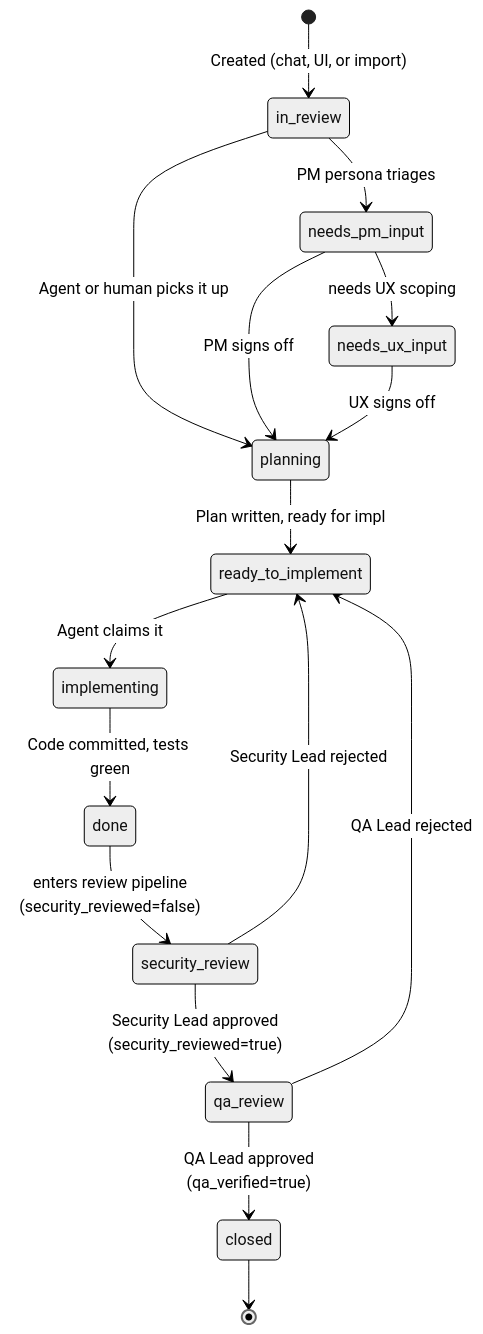
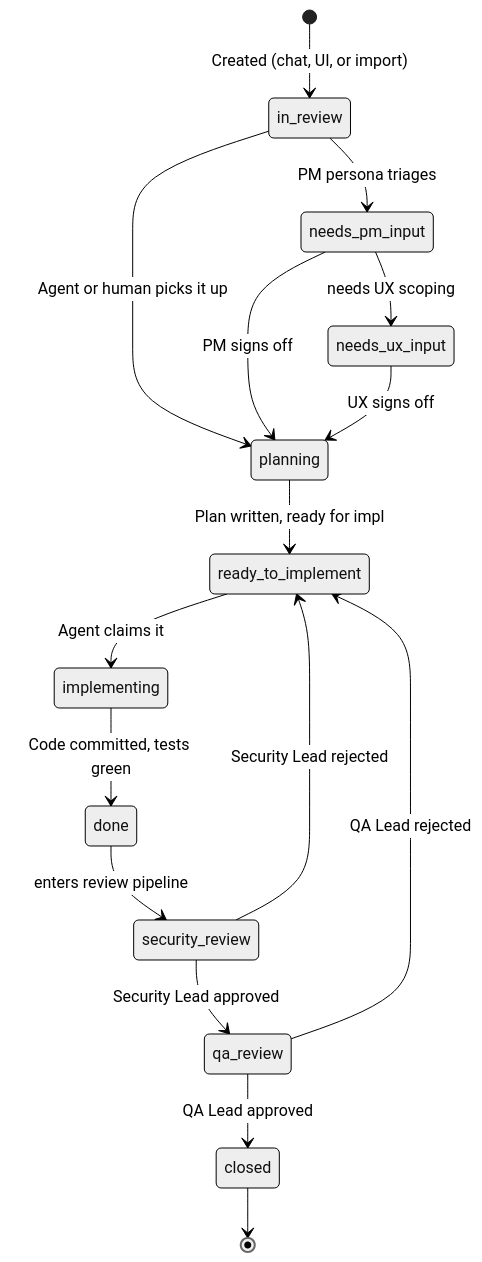
One commit to axiom-studio/vscode-vibeflow changed the fourth of 7 diagrams in docs/cursor-vibeflow/docs/workflows-and-flows.md. Above: the diagram before and after it, drawn with Mermaid (neutral theme). The commit also changed other lines of this file and 29 other files, not shown here.

````diff
--- a/docs/cursor-vibeflow/docs/workflows-and-flows.md
+++ b/docs/cursor-vibeflow/docs/workflows-and-flows.md
@@ -174,18 +135,18 @@
 ```mermaid
 stateDiagram-v2
     [*] --> in_review: Created (chat, UI, or import)
     in_review --> planning: Agent or human picks it up
     in_review --> needs_pm_input: PM persona triages
     needs_pm_input --> needs_ux_input: needs UX scoping
     needs_pm_input --> planning: PM signs off
     needs_ux_input --> planning: UX signs off
     planning --> ready_to_implement: Plan written, ready for impl
     ready_to_implement --> implementing: Agent claims it
     implementing --> done: Code committed, tests green
-    done --> security_review: enters review pipeline<br/>(security_reviewed=false)
-    security_review --> qa_review: Security Lead approved<br/>(security_reviewed=true)
+    done --> security_review: enters review pipeline
+    security_review --> qa_review: Security Lead approved
     security_review --> ready_to_implement: Security Lead rejected
-    qa_review --> closed: QA Lead approved<br/>(qa_verified=true)
+    qa_review --> closed: QA Lead approved
     qa_review --> ready_to_implement: QA Lead rejected
     closed --> [*]
 ```
````
